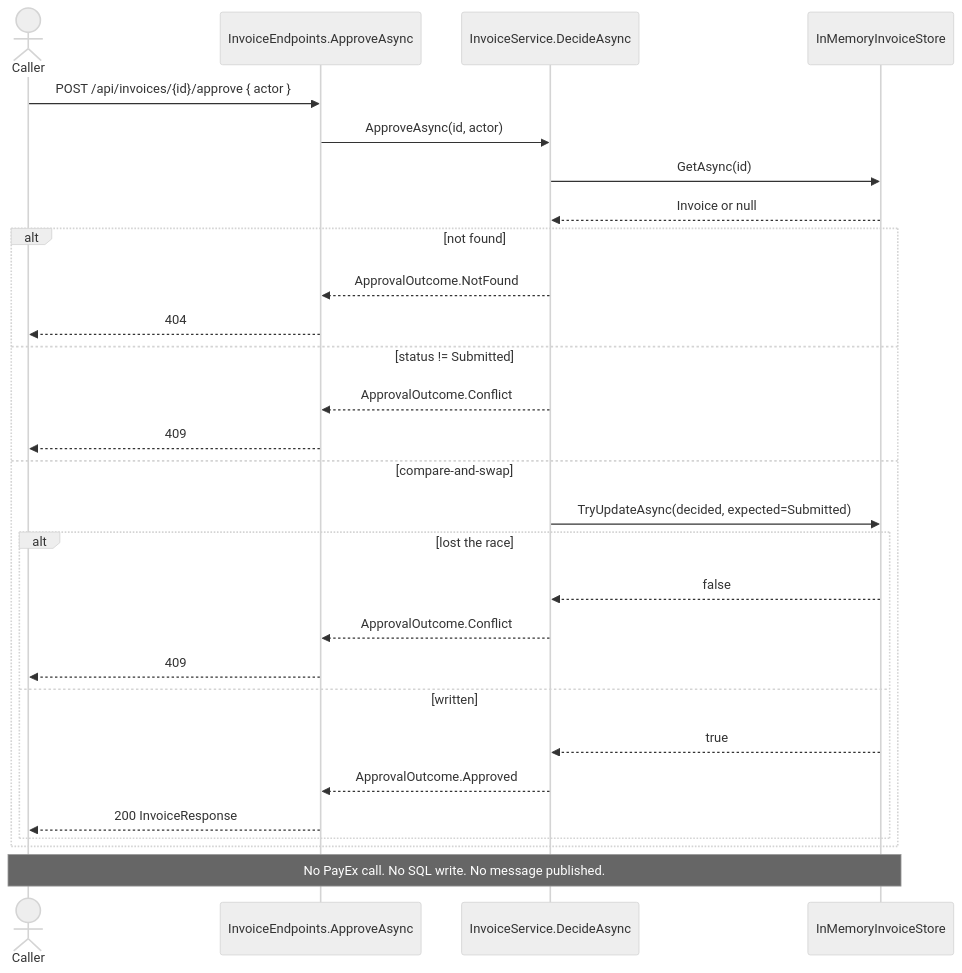
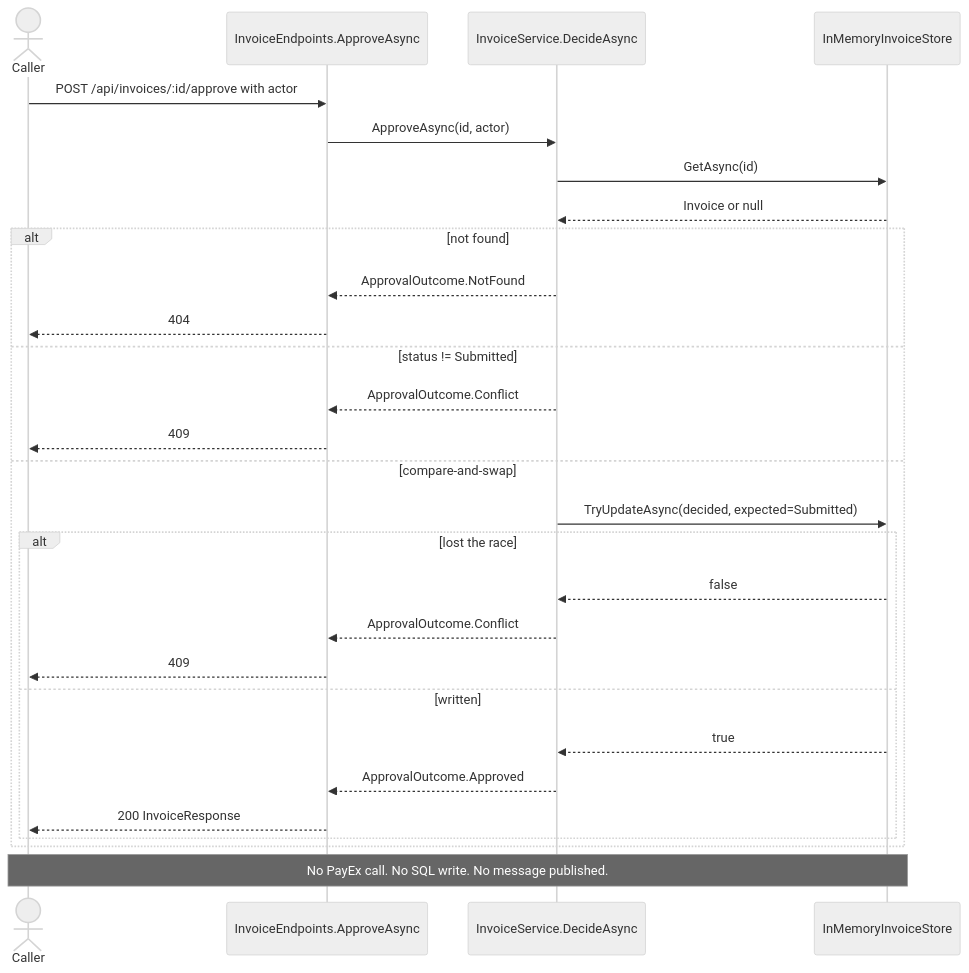
One commit to shyamkhakhar9/ai-sldc-nagp-assignment changed the diagram in diagrams/as-built-sequence.mmd. Above: the diagram before and after it, drawn with Mermaid (neutral theme). The commit also changed 3 other files, not shown here.

First line of the commit message:
Fix Mermaid so GitHub can render the architecture diagrams.

```diff
--- a/diagrams/as-built-sequence.mmd
+++ b/diagrams/as-built-sequence.mmd
@@ -1,33 +1,33 @@
 %% as-built approval sequence
 %% Citations: InvoiceEndpoints.ApproveAsync, InvoiceService.ApproveAsync / DecideAsync,
 %% IInvoiceStore.GetAsync, IInvoiceStore.TryUpdateAsync, InMemoryInvoiceStore.
 
 sequenceDiagram
     actor Caller
     participant EP as InvoiceEndpoints.ApproveAsync
     participant SVC as InvoiceService.DecideAsync
     participant STORE as InMemoryInvoiceStore
 
-    Caller->>EP: POST /api/invoices/{id}/approve { actor }
+    Caller->>EP: POST /api/invoices/:id/approve with actor
     EP->>SVC: ApproveAsync(id, actor)
     SVC->>STORE: GetAsync(id)
     STORE-->>SVC: Invoice or null
     alt not found
         SVC-->>EP: ApprovalOutcome.NotFound
         EP-->>Caller: 404
     else status != Submitted
         SVC-->>EP: ApprovalOutcome.Conflict
         EP-->>Caller: 409
     else compare-and-swap
         SVC->>STORE: TryUpdateAsync(decided, expected=Submitted)
         alt lost the race
             STORE-->>SVC: false
             SVC-->>EP: ApprovalOutcome.Conflict
             EP-->>Caller: 409
         else written
             STORE-->>SVC: true
             SVC-->>EP: ApprovalOutcome.Approved
             EP-->>Caller: 200 InvoiceResponse
         end
     end
     Note over Caller,STORE: No PayEx call. No SQL write. No message published.
```
